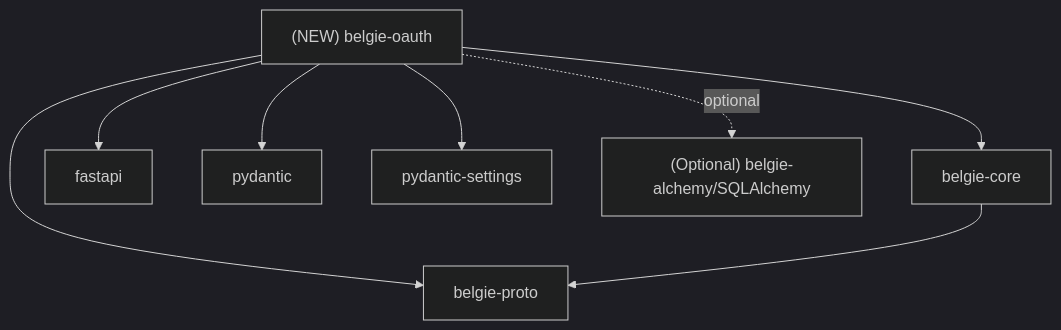
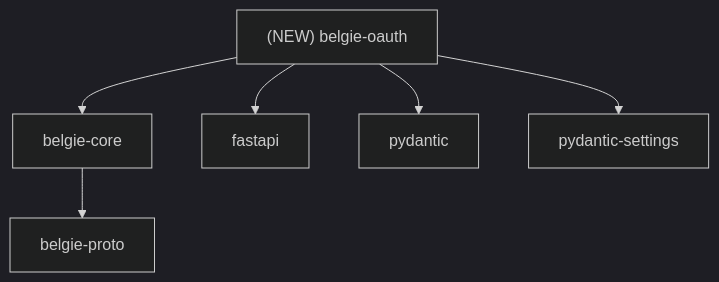
One commit to mplemay/belgie changed the fifth of 5 diagrams in design/010-belgie-oauth-auth-server.md. Above: the diagram before and after it, drawn with Mermaid (dark theme). The commit also changed other lines of this file and 8 other files, not shown here.

````diff
--- a/design/010-belgie-oauth-auth-server.md
+++ b/design/010-belgie-oauth-auth-server.md
@@ -209,19 +201,15 @@
 ```mermaid
 graph TD
     BelgieCore[belgie-core]
     OAuthPkg["(NEW) belgie-oauth"]
     ProtoPkg[belgie-proto]
     FastAPI[fastapi]
     Pydantic[pydantic]
     PydanticSettings[pydantic-settings]
-    Alchemy["(Optional) belgie-alchemy/SQLAlchemy"]
-
     OAuthPkg --> BelgieCore
-    OAuthPkg --> ProtoPkg
     OAuthPkg --> FastAPI
     OAuthPkg --> Pydantic
     OAuthPkg --> PydanticSettings
-    OAuthPkg -. optional .-> Alchemy
 
     BelgieCore --> ProtoPkg
 ```
````
